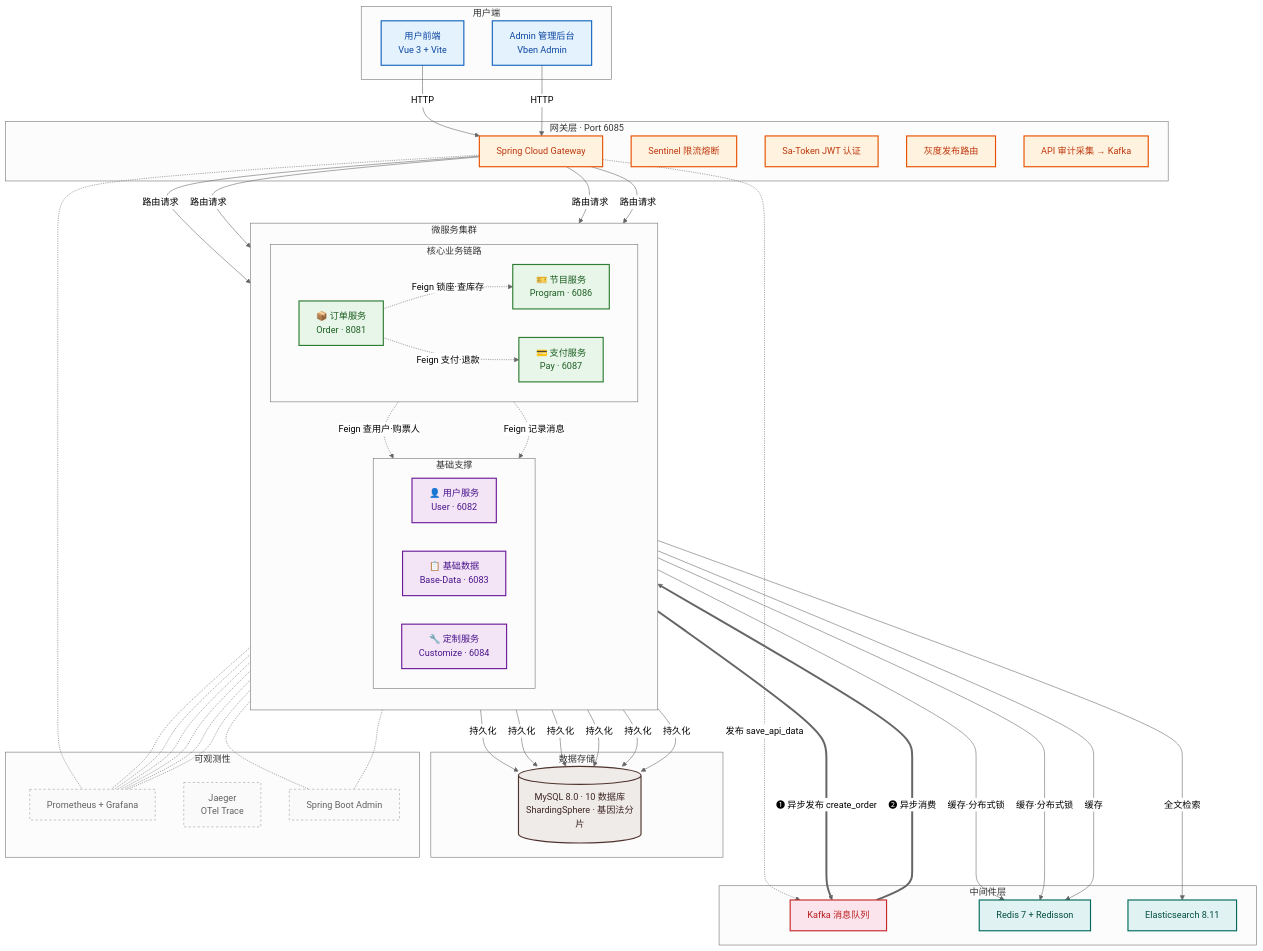
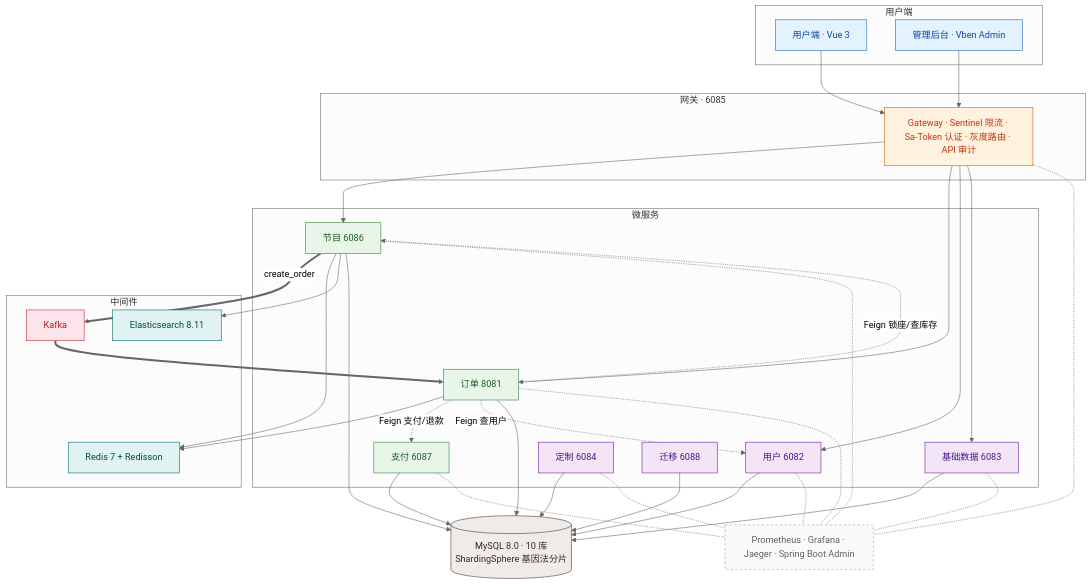
Before and after one commit to zhentaozhang/ticketflow: the second of 2 diagrams in README.md, drawn with Mermaid (neutral theme). The commit also changed other lines of this file, not shown here.

````diff
--- a/README.md
+++ b/README.md
@@ -156,92 +102,50 @@
 ```mermaid
 flowchart TB
-    %% ===================== 样式定义 =====================
-    classDef client fill:#e3f2fd,stroke:#1565c0,stroke-width:2px,color:#0d47a1
-    classDef gateway fill:#fff3e0,stroke:#e65100,stroke-width:2px,color:#bf360c
-    classDef core fill:#e8f5e9,stroke:#2e7d32,stroke-width:2px,color:#1b5e20
-    classDef support fill:#f3e5f5,stroke:#6a1b9a,stroke-width:2px,color:#4a148c
-    classDef async fill:#fce4ec,stroke:#c62828,stroke-width:2px,color:#b71c1c
-    classDef cache fill:#e0f2f1,stroke:#00695c,stroke-width:2px,color:#004d40
-    classDef storage fill:#efebe9,stroke:#4e342e,stroke-width:2px,color:#3e2723
-    classDef monitor fill:#fafafa,stroke:#9e9e9e,stroke-width:1px,color:#616161,stroke-dasharray:4 4
+    classDef client fill:#e3f2fd,stroke:#1565c0,color:#0d47a1
+    classDef gateway fill:#fff3e0,stroke:#e65100,color:#bf360c
+    classDef core fill:#e8f5e9,stroke:#2e7d32,color:#1b5e20
+    classDef support fill:#f3e5f5,stroke:#6a1b9a,color:#4a148c
+    classDef async fill:#fce4ec,stroke:#c62828,color:#b71c1c
+    classDef cache fill:#e0f2f1,stroke:#00695c,color:#004d40
+    classDef storage fill:#efebe9,stroke:#4e342e,color:#3e2723
+    classDef monitor fill:#fafafa,stroke:#9e9e9e,color:#616161,stroke-dasharray:4 4
 
-    %% ==================== 用户端 ====================
     subgraph Clients[用户端]
-        U1[用户前端<br/>Vue 3 + Vite]:::client
-        U2[Admin 管理后台<br/>Vben Admin]:::client
+        U1[用户端 · Vue 3]:::client
+        U2[管理后台 · Vben Admin]:::client
     end
 
-    %% ==================== 网关层 ====================
-    subgraph Gateways[网关层 · Port 6085]
-        GW[Spring Cloud Gateway]:::gateway
-        G1[Sentinel 限流熔断]:::gateway
-        G2[Sa-Token JWT 认证]:::gateway
-        G3[灰度发布路由]:::gateway
-        G4[API 审计采集 → Kafka]:::gateway
+    subgraph Gateways[网关 · 6085]
+        GW[Gateway · Sentinel 限流 · Sa-Token 认证 · 灰度路由 · API 审计]:::gateway
     end
 
-    %% ==================== 微服务层 ====================
-    subgraph Services[微服务集群]
-        direction TB
-        
-        subgraph Core[核心业务链路]
-            direction LR
-            PS[🎫 节目服务<br/>Program · 6086]:::core
-            OS[📦 订单服务<br/>Order · 8081]:::core
-            PAS[💳 支付服务<br/>Pay · 6087]:::core
-        end
-        
-        subgraph Base[基础支撑]
-            direction LR
-            US[👤 用户服务<br/>User · 6082]:::support
-            BS[📋 基础数据<br/>Base-Data · 6083]:::support
-            CS[🔧 定制服务<br/>Customize · 6084]:::support
-        end
+    subgraph Services[微服务]
+        PS[节目 6086]:::core
+        OS[订单 8081]:::core
+        PAS[支付 6087]:::core
+        US[用户 6082]:::support
+        BS[基础数据 6083]:::support
+        CS[定制 6084]:::support
+        MG[迁移 6088]:::support
     end
 
-    %% ==================== 中间件 ====================
-    subgraph Middleware[中间件层]
-        MQ[Kafka 消息队列]:::async
+    subgraph Middleware[中间件]
+        MQ[Kafka]:::async
         RDS[Redis 7 + Redisson]:::cache
         ES[Elasticsearch 8.11]:::cache
     end
 
-    %% ==================== 数据存储 ====================
-    subgraph Storage[数据存储]
-        DB[(MySQL 8.0 · 10 数据库<br/>ShardingSphere · 基因法分片)]:::storage
-    end
+    DB[(MySQL 8.0 · 10 库<br/>ShardingSphere 基因法分片)]:::storage
+    OBS[Prometheus · Grafana · Jaeger · Spring Boot Admin]:::monitor
 
-    %% ==================== 可观测性 ====================
-    subgraph Observability[可观测性]
-        PG[Prometheus + Grafana]:::monitor
-        JG[Jaeger<br/>OTel Trace]:::monitor
-        BA[Spring Boot Admin]:::monitor
-    end
-
-    %% ==================== 连接定义 ====================
-    U1 & U2 --> |HTTP| GW
-    
-    GW --> |路由请求| PS
-    GW --> |路由请求| OS
-    GW --> |路由请求| US
-    GW --> |路由请求| BS
-    
-    PS ==> |❶ 异步发布 create_order| MQ
-    MQ ==> |❷ 异步消费| OS
-    GW -.-> |发布 save_api_data| MQ
-    
-    PS ---> |缓存·分布式锁| RDS
-    OS ---> |缓存·分布式锁| RDS
-    US ---> |缓存| RDS
-    PS ---> |全文检索| ES
-    
-    OS -.-> |Feign 锁座·查库存| PS
-    OS -.-> |Feign 支付·退款| PAS
-    OS -.-> |Feign 查用户·购票人| US
-    OS -.-> |Feign 记录消息| CS
-    
-    PS & OS & PAS & US & BS & CS --> |持久化| DB
-    
-    GW & PS & OS & PAS & US & BS & CS -.- PG
-    PS & OS -.- BA
+    U1 & U2 --> GW
+    GW --> PS & OS & US & BS
+    PS ==> |create_order| MQ ==> OS
+    PS & OS --> RDS
+    PS --> ES
+    OS -.-> |Feign 锁座/查库存| PS
+    OS -.-> |Feign 支付/退款| PAS
+    OS -.-> |Feign 查用户| US
+    PS & OS & PAS & US & BS & CS & MG --> DB
+    GW & PS & OS & PAS & US & BS & CS -.- OBS
 ```
````
